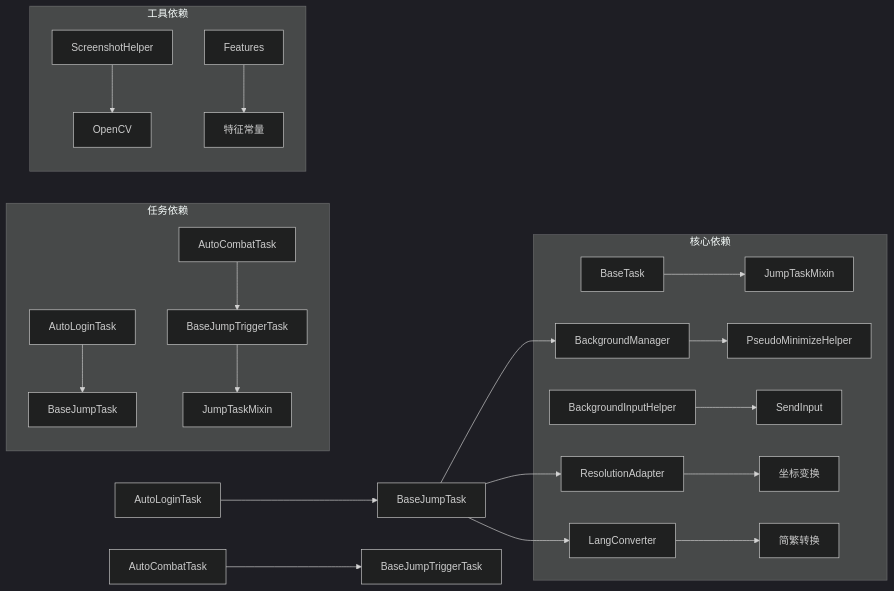
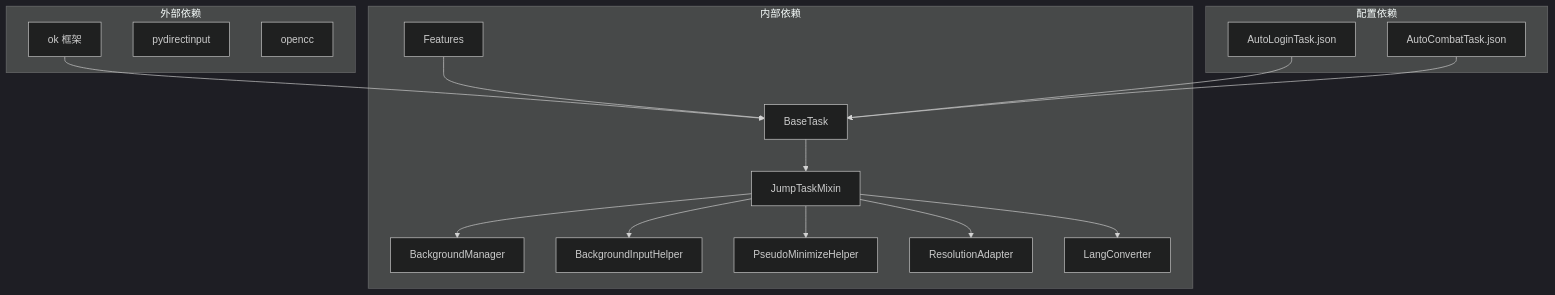
One commit to xsy098-max/ok-jump changed the sixth of 6 diagrams in .qoder/repowiki/zh/content/任务系统/任务基类设计.md. Above: the diagram before and after it, drawn with Mermaid (dark theme). The commit also changed other lines of this file and 216 other files, not shown here.

````diff
--- a/.qoder/repowiki/zh/content/任务系统/任务基类设计.md
+++ b/.qoder/repowiki/zh/content/任务系统/任务基类设计.md
@@ -602,24 +343,32 @@
 ```mermaid
-graph LR
-subgraph "核心依赖"
-A[BaseTask] --> B[JumpTaskMixin]
-C[BackgroundManager] --> D[PseudoMinimizeHelper]
-E[BackgroundInputHelper] --> F[SendInput]
-G[ResolutionAdapter] --> H[坐标变换]
-I[LangConverter] --> J[简繁转换]
+graph TB
+subgraph "外部依赖"
+A[ok 框架]
+B[pydirectinput]
+C[opencc]
 end
-subgraph "任务依赖"
-K[AutoLoginTask] --> L[BaseJumpTask]
-M[AutoCombatTask] --> N[BaseJumpTriggerTask]
-N --> O[JumpTaskMixin]
+subgraph "内部依赖"
+D[BaseTask]
+E[JumpTaskMixin]
+F[BackgroundManager]
+G[BackgroundInputHelper]
+H[PseudoMinimizeHelper]
+I[ResolutionAdapter]
+J[LangConverter]
+K[Features]
 end
-subgraph "工具依赖"
-P[ScreenshotHelper] --> Q[OpenCV]
-R[Features] --> S[特征常量]
+subgraph "配置依赖"
+L[AutoLoginTask.json]
+M[AutoCombatTask.json]
 end
-BaseJumpTask --> C
-BaseJumpTask --> G
-BaseJumpTask --> I
-AutoLoginTask --> BaseJumpTask
-AutoCombatTask --> BaseJumpTriggerTask
+A --> D
+D --> E
+E --> F
+E --> G
+E --> H
+E --> I
+E --> J
+K --> D
+L --> D
+M --> D
 ```
````
